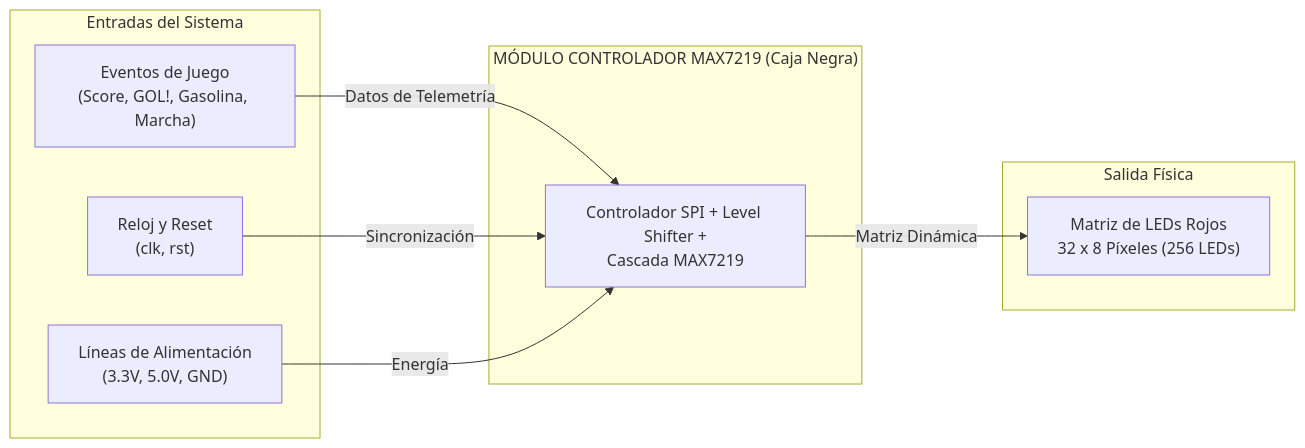
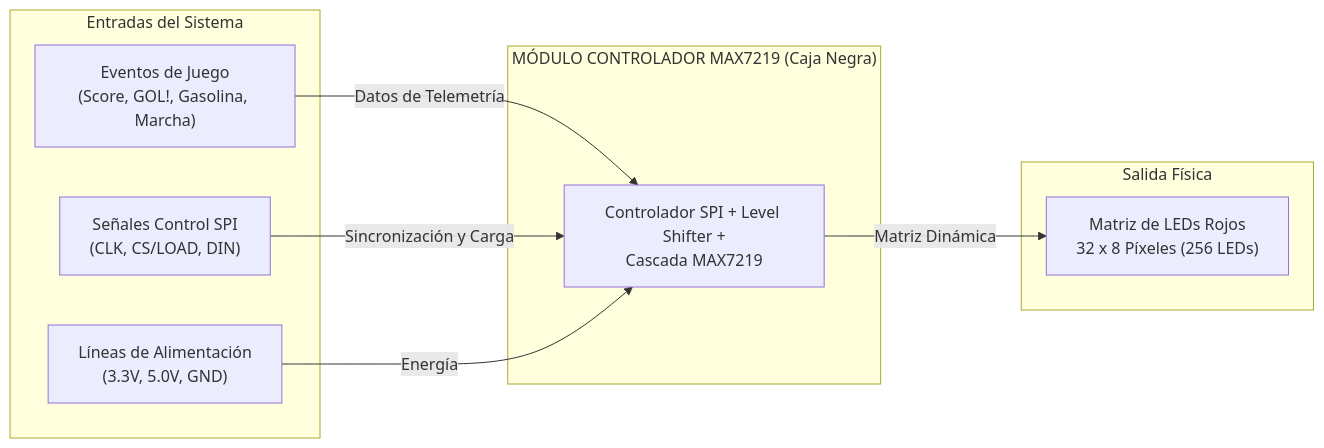
Before and after one commit to KUBIX2026/MAX7219-: the first of 2 diagrams in README.md, drawn with Mermaid.

Commit message:
Update input signals in system diagram

````diff
--- a/README.md
+++ b/README.md
@@ -46,21 +46,21 @@
 ```mermaid
 graph LR
     subgraph Entradas ["Entradas del Sistema"]
         E1["Eventos de Juego<br>(Score, GOL!, Gasolina, Marcha)"]
-        E2["Reloj y Reset<br>(clk, rst)"]
+        E2["Señales Control SPI<br>(CLK, CS/LOAD, DIN)"]
         E3["Líneas de Alimentación<br>(3.3V, 5.0V, GND)"]
     end
 
     subgraph BlackBox ["MÓDULO CONTROLADOR MAX7219 (Caja Negra)"]
         CB["Controlador SPI + Level Shifter +<br>Cascada MAX7219"]
     end
 
     subgraph Salida ["Salida Física"]
         S1["Matriz de LEDs Rojos<br>32 x 8 Píxeles (256 LEDs)"]
     end
 
     E1 -->|Datos de Telemetría| CB
-    E2 -->|Sincronización| CB
+    E2 -->|Sincronización y Carga| CB
     E3 -->|Energía| CB
     CB -->|Matriz Dinámica| S1
 ```
````
